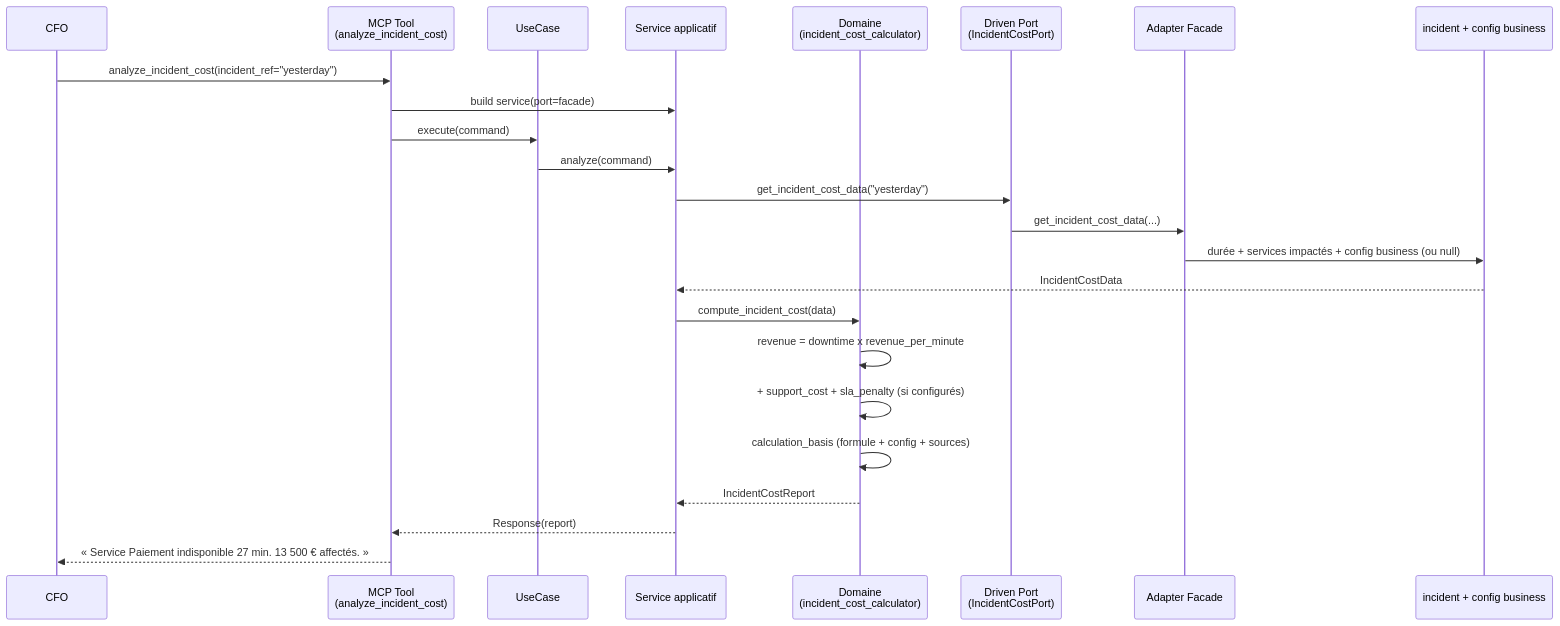
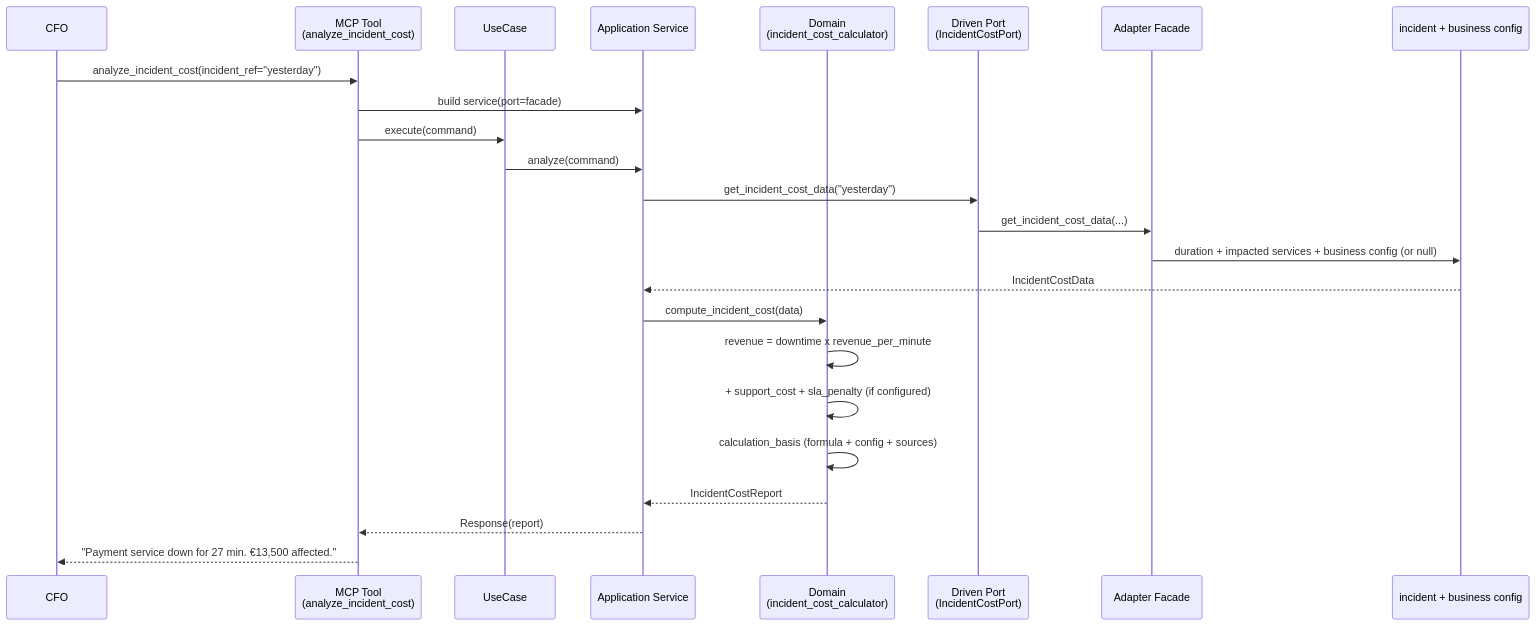
The first of 3 diagrams in docs/use-cases/107-incident-cost-analysis.md (hexa-tools/hexawyn), drawn with Mermaid before and after one commit. The commit also changed other lines of this file and 53 other files, not shown here.

Commit message:
chore: refactor diagram

````diff
--- a/docs/use-cases/107-incident-cost-analysis.md
+++ b/docs/use-cases/107-incident-cost-analysis.md
@@ -27,27 +27,27 @@
 ```mermaid
 sequenceDiagram
     participant CFO
     participant MCP as MCP Tool<br/>(analyze_incident_cost)
     participant UC as UseCase
-    participant Svc as Service applicatif
-    participant Domain as Domaine<br/>(incident_cost_calculator)
+    participant Svc as Application Service
+    participant Domain as Domain<br/>(incident_cost_calculator)
     participant Port as Driven Port<br/>(IncidentCostPort)
     participant Facade as Adapter Facade
-    participant Sources as incident + config business
+    participant Sources as incident + business config
 
     CFO->>MCP: analyze_incident_cost(incident_ref="yesterday")
     MCP->>Svc: build service(port=facade)
     MCP->>UC: execute(command)
     UC->>Svc: analyze(command)
     Svc->>Port: get_incident_cost_data("yesterday")
     Port->>Facade: get_incident_cost_data(...)
-    Facade->>Sources: durée + services impactés + config business (ou null)
+    Facade->>Sources: duration + impacted services + business config (or null)
     Sources-->>Svc: IncidentCostData
     Svc->>Domain: compute_incident_cost(data)
     Domain->>Domain: revenue = downtime x revenue_per_minute
-    Domain->>Domain: + support_cost + sla_penalty (si configurés)
-    Domain->>Domain: calculation_basis (formule + config + sources)
+    Domain->>Domain: + support_cost + sla_penalty (if configured)
+    Domain->>Domain: calculation_basis (formula + config + sources)
     Domain-->>Svc: IncidentCostReport
     Svc-->>MCP: Response(report)
-    MCP-->>CFO: « Service Paiement indisponible 27 min. 13 500 € affectés. »
+    MCP-->>CFO: "Payment service down for 27 min. €13,500 affected."
 ```
````
